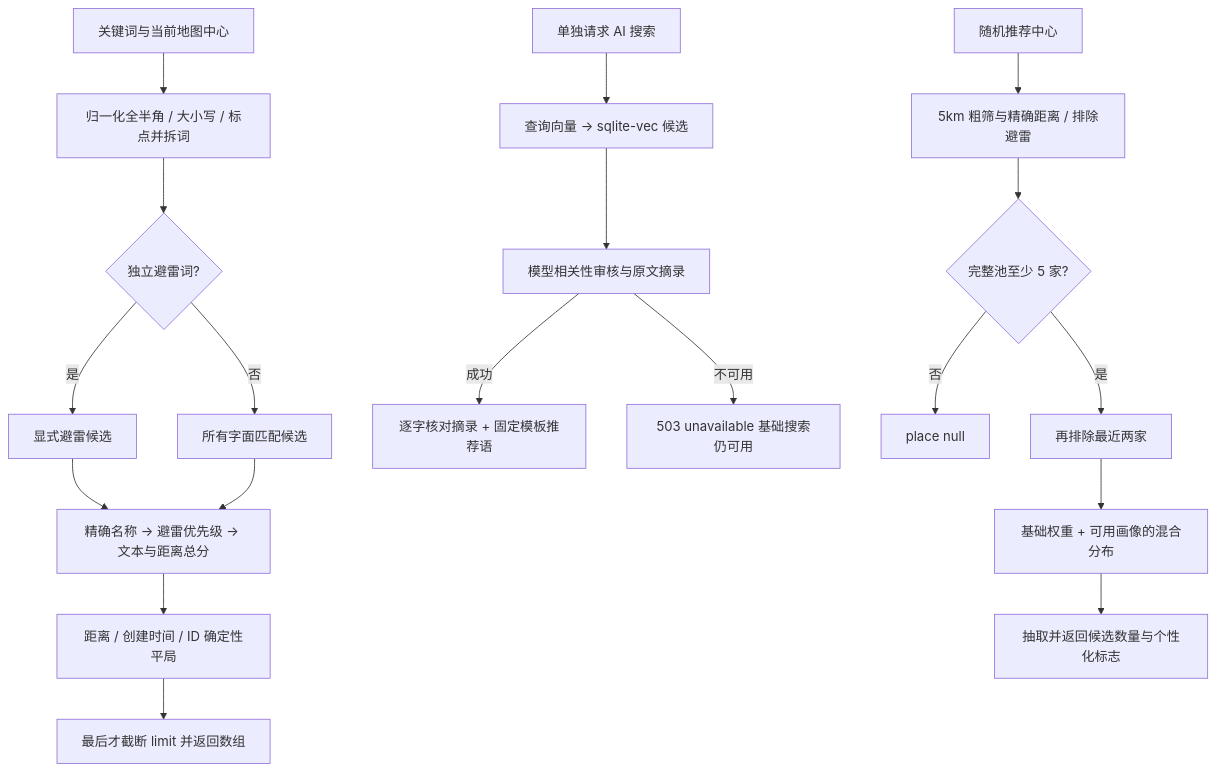
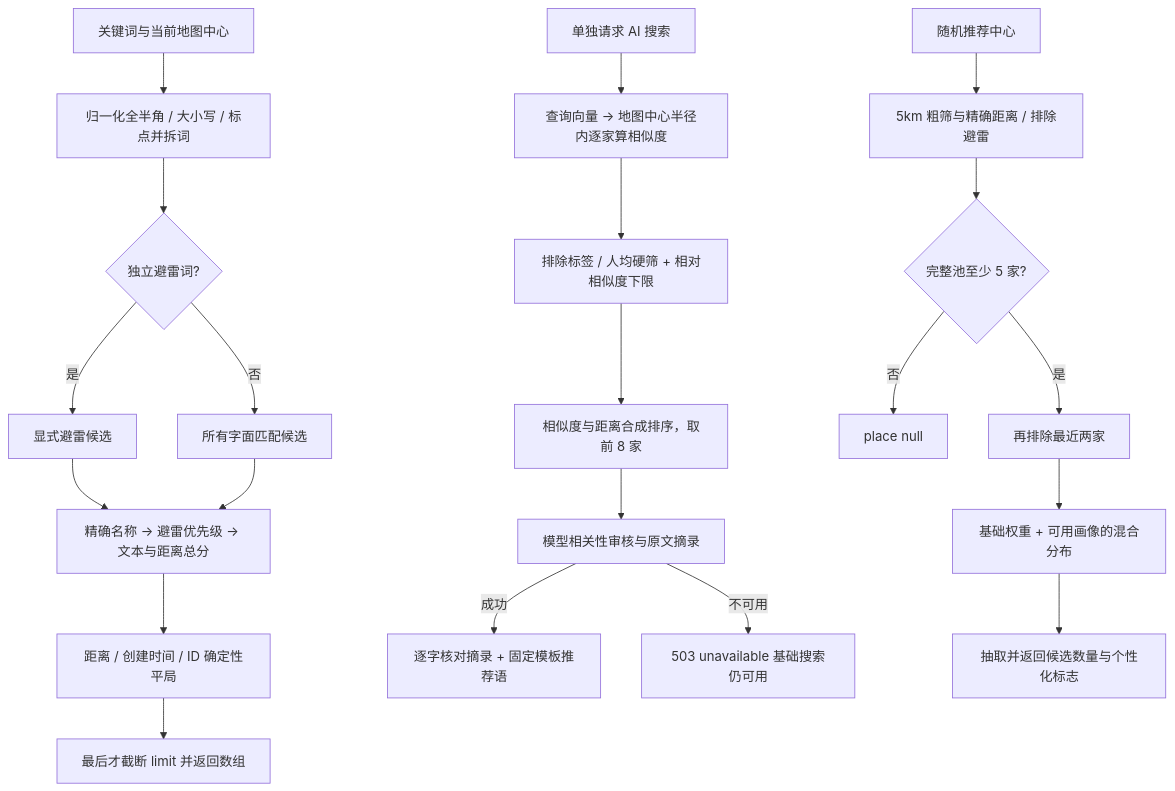
Before and after one commit to DinnerpartyFoodMap/dinnerparty_community: the diagram in backend/modules/discovery/doc/README.md, drawn with Mermaid. The commit also changed other lines of this file and 56 other files, not shown here.

````diff
--- a/backend/modules/discovery/doc/README.md
+++ b/backend/modules/discovery/doc/README.md
@@ -5,21 +5,23 @@
 ```mermaid
 flowchart TD
     Query[关键词与当前地图中心] --> Normalize[归一化全半角 / 大小写 / 标点并拆词]
     Normalize --> Explicit{独立避雷词?}
     Explicit -->|是| Filter[显式避雷候选]
     Explicit -->|否| Recall[所有字面匹配候选]
     Filter --> Rank[精确名称 → 避雷优先级 → 文本与距离总分]
     Recall --> Rank
     Rank --> Tie[距离 / 创建时间 / ID 确定性平局]
     Tie --> Limit[最后才截断 limit 并返回数组]
-    AI[单独请求 AI 搜索] --> Embed[查询向量 → sqlite-vec 候选]
-    Embed --> Review[模型相关性审核与原文摘录]
+    AI[单独请求 AI 搜索] --> Embed[查询向量 → 地图中心半径内逐家算相似度]
+    Embed --> Floor[排除标签 / 人均硬筛 + 相对相似度下限]
+    Floor --> Blend[相似度与距离合成排序，取前 8 家]
+    Blend --> Review[模型相关性审核与原文摘录]
     Review -->|成功| AIResult[逐字核对摘录 + 固定模板推荐语]
     Review -->|不可用| Degrade[503 unavailable 基础搜索仍可用]
     Random[随机推荐中心] --> Five[5km 粗筛与精确距离 / 排除避雷]
     Five --> Pool{完整池至少 5 家?}
     Pool -->|否| Empty[place null]
     Pool -->|是| Exclude[再排除最近两家]
     Exclude --> Weight[基础权重 + 可用画像的混合分布]
     Weight --> Draw[抽取并返回候选数量与个性化标志]
 ```
````
